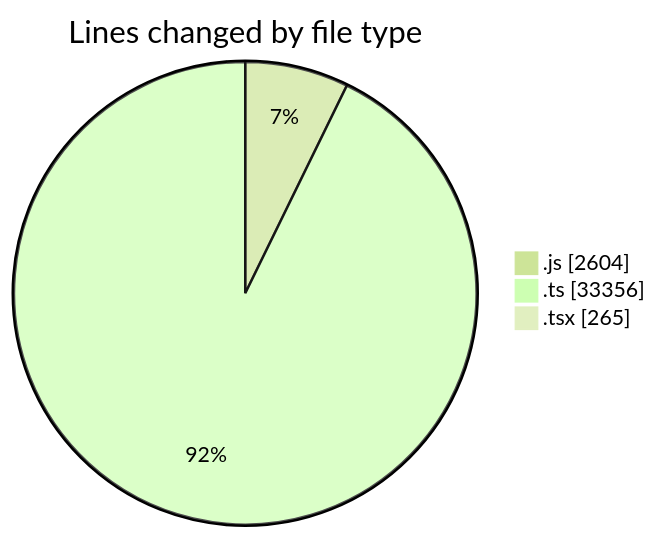
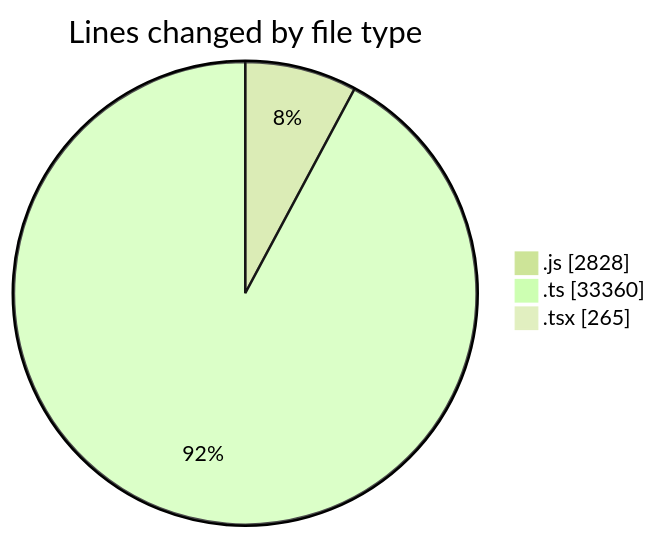
One commit to momahboobian/code-tracking changed the first of 2 diagrams in 2026-02-09/cda/README.md. Above: the diagram before and after it, drawn with Mermaid (forest theme). The commit also changed other lines of this file and 1 other file, not shown here.

````diff
--- a/2026-02-09/cda/README.md
+++ b/2026-02-09/cda/README.md
@@ -38,7 +38,7 @@
 ```mermaid
 pie showData
 title Lines changed by file type
-".js" : 2604
-".ts" : 33356
+".js" : 2828
+".ts" : 33360
 ".tsx" : 265
 ```
````
